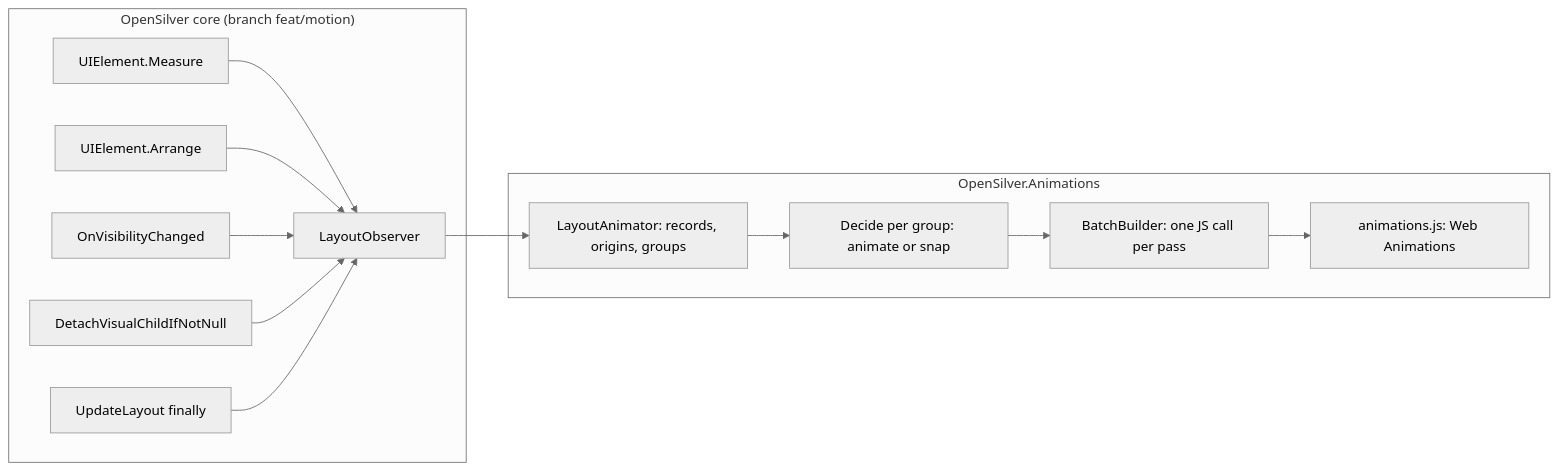
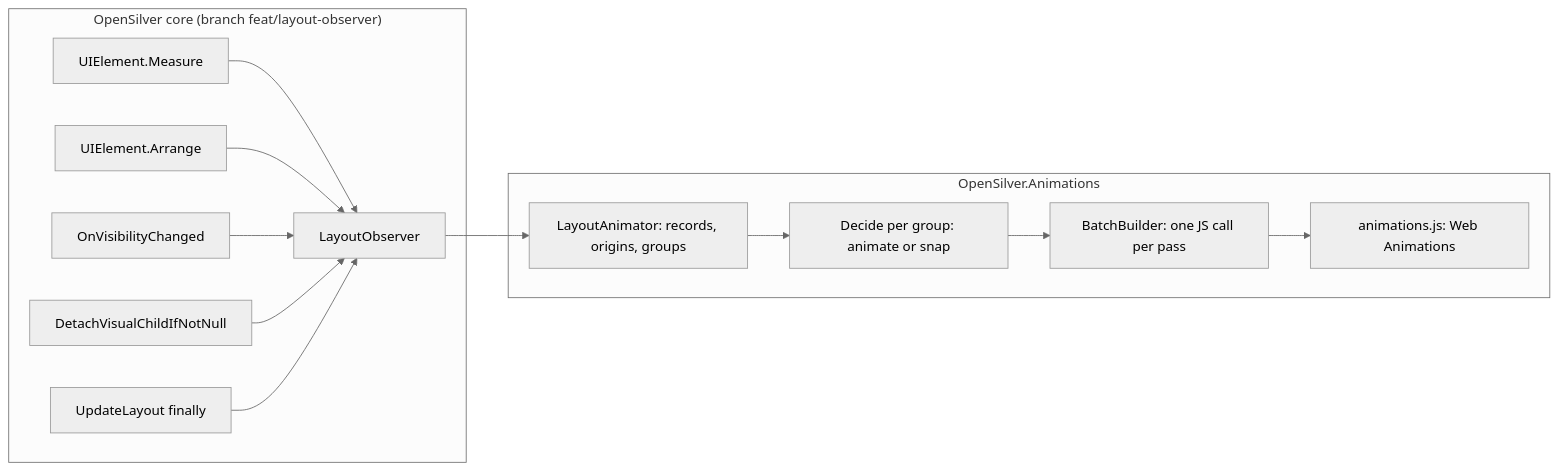
The diagram in docs/architecture.md (OpenSilver/OpenSilver.Animations), drawn with Mermaid (neutral theme) before and after one commit. The commit also changed other lines of this file and 31 other files, not shown here.

````diff
--- a/docs/architecture.md
+++ b/docs/architecture.md
@@ -9,16 +9,16 @@
 ```mermaid
 flowchart LR
-    subgraph core ["OpenSilver core (branch feat/motion)"]
+    subgraph core ["OpenSilver core (branch feat/layout-observer)"]
         measure["UIElement.Measure"] --> observer["LayoutObserver"]
         arrange["UIElement.Arrange"] --> observer
         visibility["OnVisibilityChanged"] --> observer
         detach["DetachVisualChildIfNotNull"] --> observer
         passEnd["UpdateLayout finally"] --> observer
     end
     subgraph lib ["OpenSilver.Animations"]
         observer --> animator["LayoutAnimator: records, origins, groups"]
         animator --> decide["Decide per group: animate or snap"]
         decide --> batch["BatchBuilder: one JS call per pass"]
         batch --> js["animations.js: Web Animations"]
     end
 ```
````
